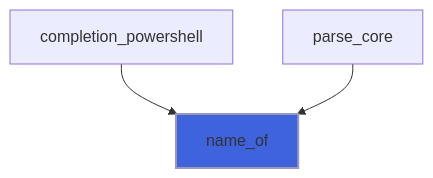
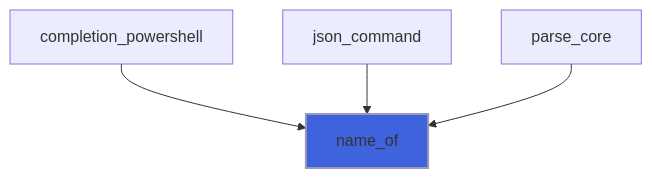
Diagram 29 of 43 in docs/api/src/lib/flap_command_line_arguments_group_t.md (szaghi/FLAP), drawn with Mermaid before and after one commit. The commit also changed other lines of this file and 22 other files, not shown here.

````diff
--- a/docs/api/src/lib/flap_command_line_arguments_group_t.md
+++ b/docs/api/src/lib/flap_command_line_arguments_group_t.md
@@ -1019,6 +1128,7 @@
 ```mermaid
 flowchart TD
   completion_powershell["completion_powershell"] --> name_of["name_of"]
+  json_command["json_command"] --> name_of["name_of"]
   parse_core["parse_core"] --> name_of["name_of"]
   style name_of fill:#3e63dd,stroke:#99b,stroke-width:2px
 ```
````
